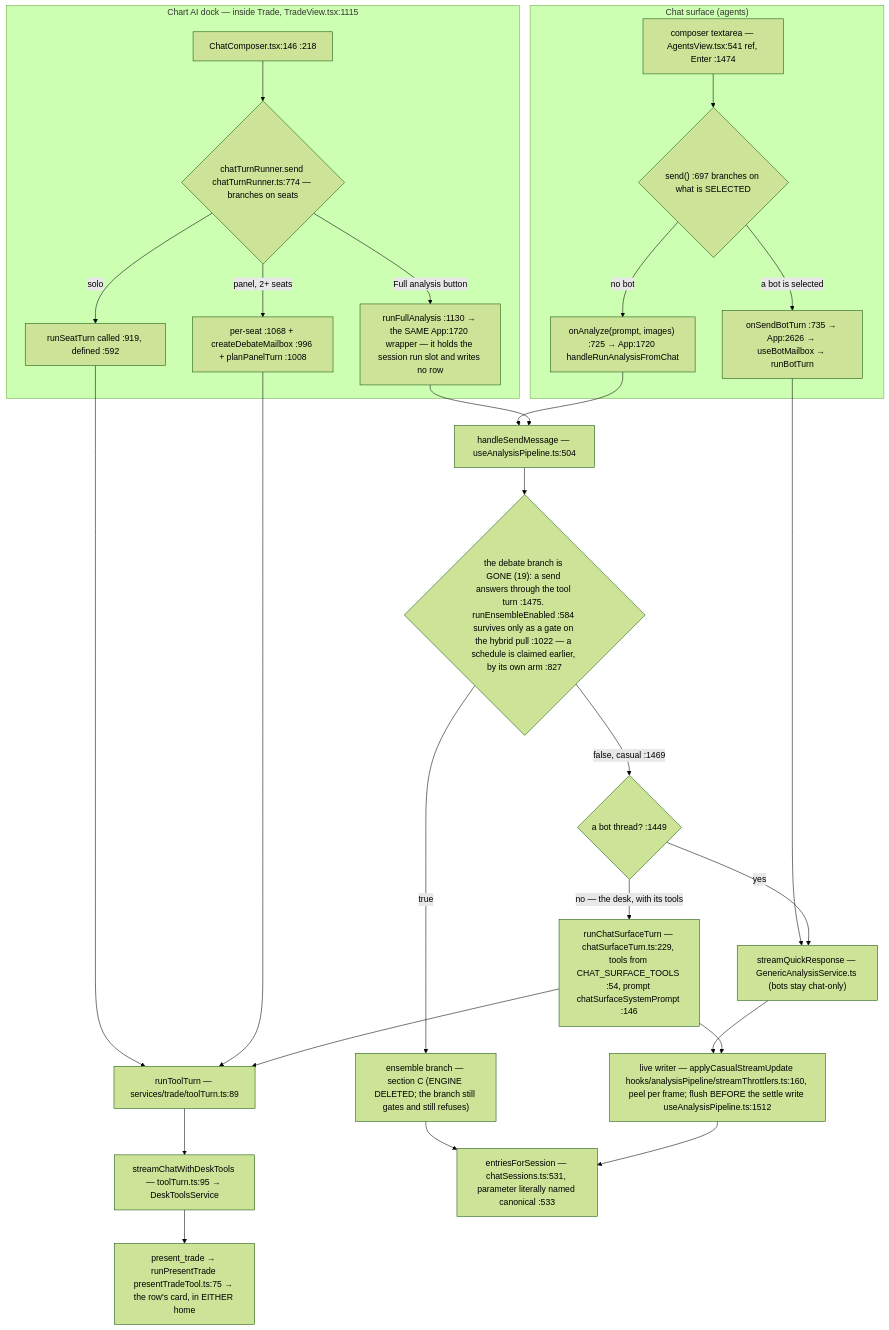
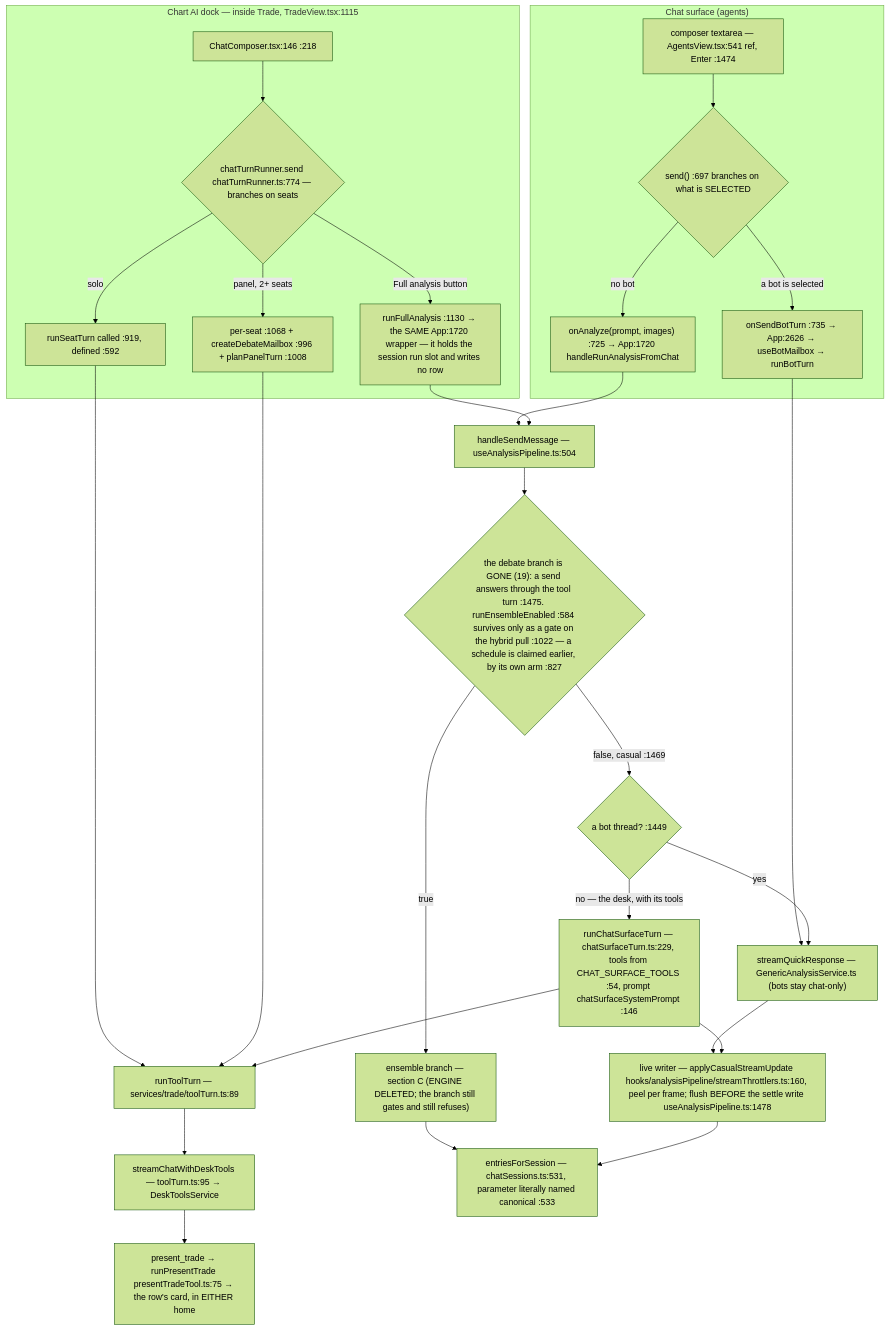
The second of 7 diagrams in docs/app-flow.md (Acepay25/august-3.5), drawn with Mermaid (forest theme) before and after one commit. The commit also changed other lines of this file and 4 other files, not shown here.

````diff
--- a/docs/app-flow.md
+++ b/docs/app-flow.md
@@ -50,31 +50,31 @@
 ```mermaid
 flowchart TD
     subgraph CHAT["Chat surface (agents)"]
         CB["composer textarea — AgentsView.tsx:541 ref, Enter :1474"] --> D1{"send() :697 branches on what is SELECTED"}
         D1 -->|a bot is selected| BOT["onSendBotTurn :735 → App:2626 → useBotMailbox → runBotTurn"]
         D1 -->|no bot| AN["onAnalyze(prompt, images) :725 → App:1720 handleRunAnalysisFromChat"]
     end
     subgraph DOCK["Chart AI dock — inside Trade, TradeView.tsx:1115"]
         DC["ChatComposer.tsx:146 :218"] --> D2{"chatTurnRunner.send chatTurnRunner.ts:774 — branches on seats"}
         D2 -->|solo| SO["runSeatTurn called :919, defined :592"]
         D2 -->|panel, 2+ seats| PN["per-seat :1068 + createDebateMailbox :996 + planPanelTurn :1008"]
         D2 -->|Full analysis button| FA["runFullAnalysis :1130 → the SAME App:1720 wrapper — it holds the session run slot and writes no row"]
     end
     SO --> TT["runToolTurn — services/trade/toolTurn.ts:89"]
     PN --> TT
     TT --> SCDT["streamChatWithDeskTools — toolTurn.ts:95 → DeskToolsService"]
     BOT --> TR["streamQuickResponse — GenericAnalysisService.ts (bots stay chat-only)"]
     AN --> HSM["handleSendMessage — useAnalysisPipeline.ts:504"]
     FA --> HSM
     HSM --> D3{"the debate branch is GONE (19): a send answers through the tool turn :1475. runEnsembleEnabled :584 survives only as a gate on the hybrid pull :1022 — a schedule is claimed earlier, by its own arm :827"}
     D3 -->|true| ENS["ensemble branch — section C (ENGINE DELETED; the branch still gates and still refuses)"]
     D3 -->|false, casual :1469| SPLIT{"a bot thread? :1449"}
     SPLIT -->|yes| TR
     SPLIT -->|no — the desk, with its tools| CST["runChatSurfaceTurn — chatSurfaceTurn.ts:229, tools from CHAT_SURFACE_TOOLS :54, prompt chatSurfaceSystemPrompt :146"]
     CST --> TT
-    TR --> LW["live writer — applyCasualStreamUpdate hooks/analysisPipeline/streamThrottlers.ts:160, peel per frame; flush BEFORE the settle write useAnalysisPipeline.ts:1512"]
+    TR --> LW["live writer — applyCasualStreamUpdate hooks/analysisPipeline/streamThrottlers.ts:160, peel per frame; flush BEFORE the settle write useAnalysisPipeline.ts:1478"]
     CST --> LW
     ENS --> MERGE
     LW --> MERGE["entriesForSession — chatSessions.ts:531, parameter literally named canonical :533"]
     SCDT --> PT["present_trade → runPresentTrade presentTradeTool.ts:75 → the row's card, in EITHER home"]
 ```
````
